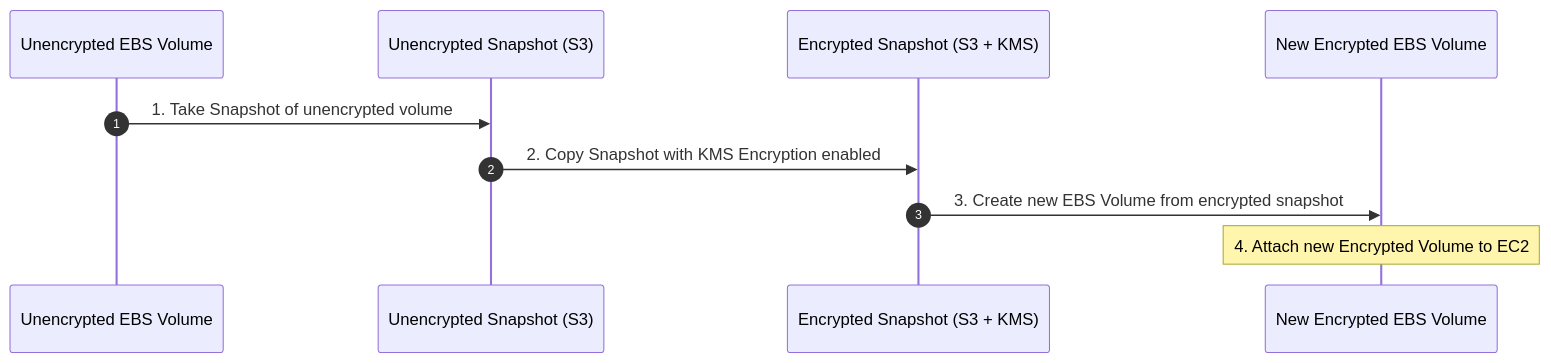
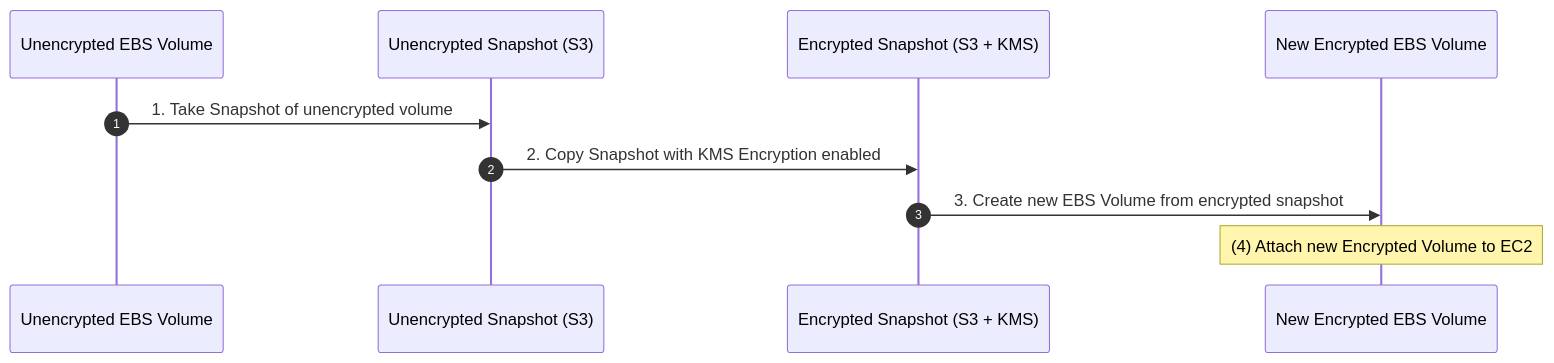
One commit to Wathon/aws-dea-c01-note changed the fifth of 6 diagrams in content/02-services/storage/ebs-and-instance-store.md. Above: the diagram before and after it, drawn with Mermaid. The commit also changed 19 other files, not shown here.

Commit message:
fix(mermaid): resolve 'Unsupported markdown: list' rendering issues across all diagram node and edge labels

````diff
--- a/content/02-services/storage/ebs-and-instance-store.md
+++ b/content/02-services/storage/ebs-and-instance-store.md
@@ -254,13 +254,13 @@
 ```mermaid
 sequenceDiagram
     autonumber
     participant UnencVol as Unencrypted EBS Volume
     participant UnencSnap as Unencrypted Snapshot (S3)
     participant EncSnap as Encrypted Snapshot (S3 + KMS)
     participant EncVol as New Encrypted EBS Volume
 
     UnencVol->>UnencSnap: 1. Take Snapshot of unencrypted volume
     UnencSnap->>EncSnap: 2. Copy Snapshot with KMS Encryption enabled
     EncSnap->>EncVol: 3. Create new EBS Volume from encrypted snapshot
-    Note over EncVol: 4. Attach new Encrypted Volume to EC2
+    Note over EncVol: (4) Attach new Encrypted Volume to EC2
 ```
````
